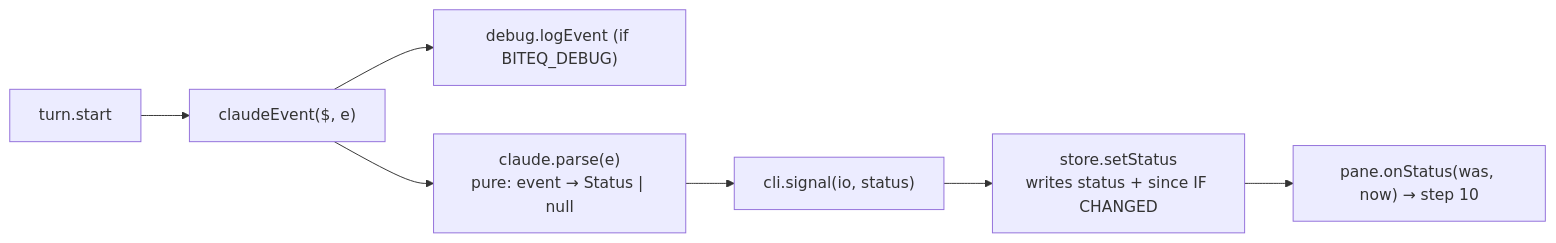
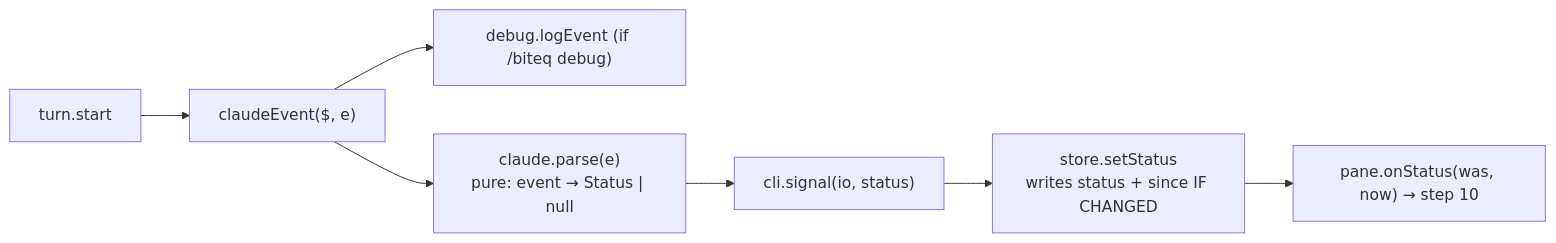
Before and after one commit to mingzew/biteq: the seventh of 13 diagrams in docs/lesson-plan.md, drawn with Mermaid. The commit also changed other lines of this file and 12 other files, not shown here.

````diff
--- a/docs/lesson-plan.md
+++ b/docs/lesson-plan.md
@@ -352,9 +352,9 @@
 ```mermaid
 flowchart LR
   E["turn.start"] --> CE["claudeEvent($, e)"]
-  CE --> LOG["debug.logEvent (if BITEQ_DEBUG)"]
+  CE --> LOG["debug.logEvent (if /biteq debug)"]
   CE --> P["claude.parse(e)<br/>pure: event → Status | null"]
   P --> SG["cli.signal(io, status)"]
   SG --> SS["store.setStatus<br/>writes status + since IF CHANGED"]
   SS --> OS["pane.onStatus(was, now) → step 10"]
 ```
````
